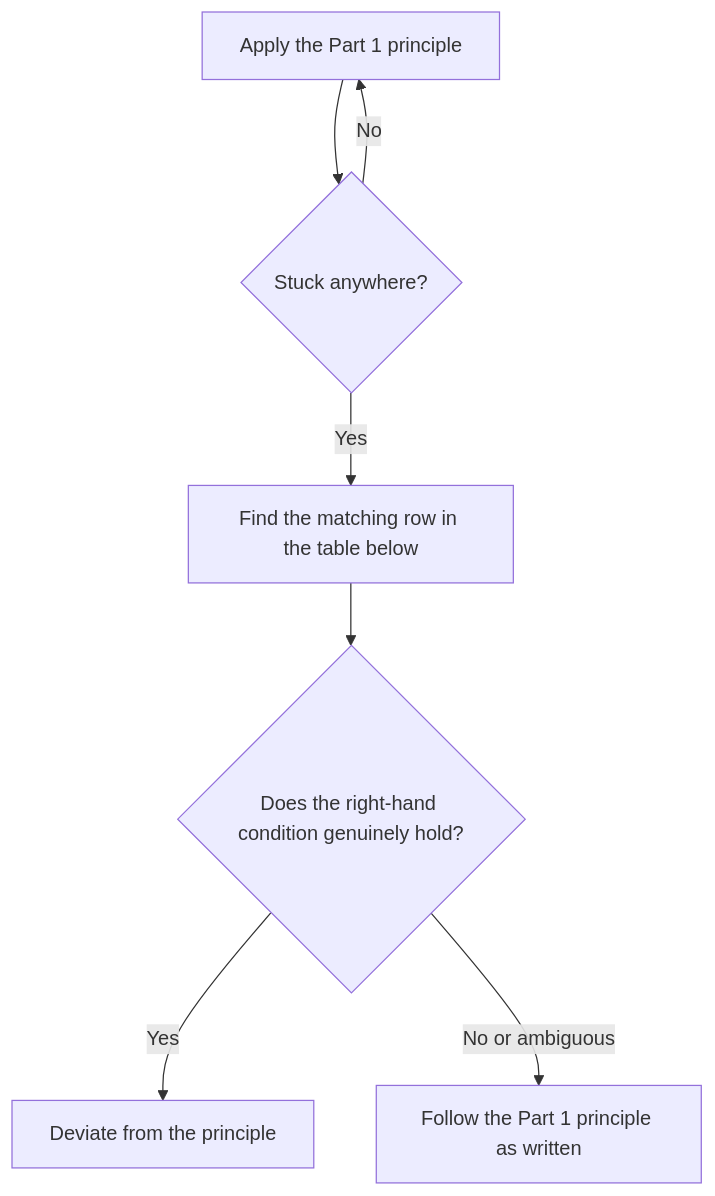
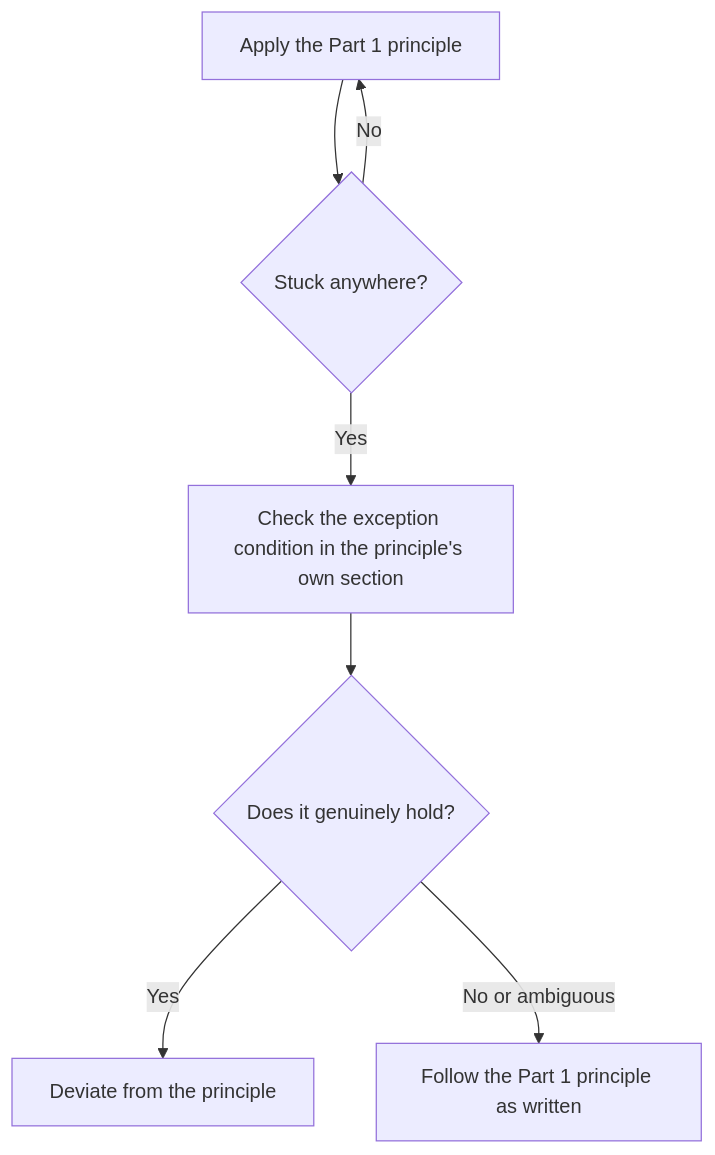
Before and after one commit to kairos-code-dev/zlink: the diagram in doc/principal/dev/posddd.md, drawn with Mermaid. The commit also changed other lines of this file and 357 other files, not shown here.

````diff
--- a/doc/principal/dev/posddd.md
+++ b/doc/principal/dev/posddd.md
@@ -785,9 +965,9 @@
 ```mermaid
 flowchart TD
     A[Apply the Part 1 principle] --> B{Stuck anywhere?}
     B -->|No| A
-    B -->|Yes| C[Find the matching row in the table below]
-    C --> D{Does the right-hand condition genuinely hold?}
+    B -->|Yes| C[Check the exception condition in the principle's own section]
+    C --> D{Does it genuinely hold?}
     D -->|Yes| E[Deviate from the principle]
     D -->|No or ambiguous| F[Follow the Part 1 principle as written]
 ```
````
